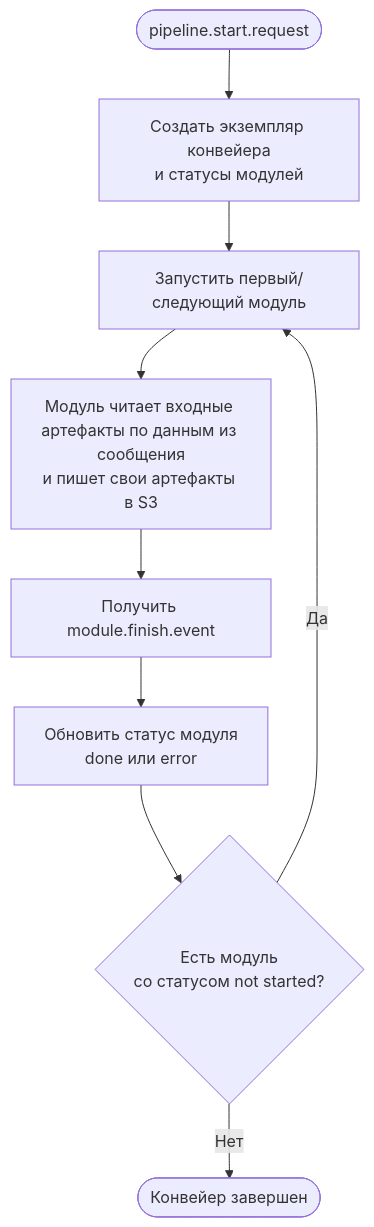
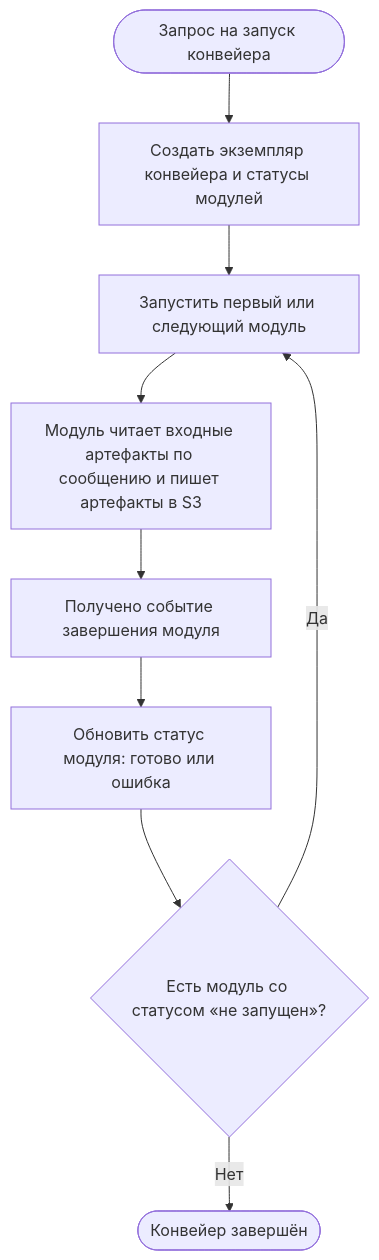
One commit to Trump68/infra changed the second of 3 diagrams in TZ/1_5_subsystem_module.md. Above: the diagram before and after it, drawn with Mermaid. The commit also changed other lines of this file, not shown here.

First line of the commit message:
docs: update subsystem module documentation with enhanced clarity and diagrams

````diff
--- a/TZ/1_5_subsystem_module.md
+++ b/TZ/1_5_subsystem_module.md
@@ -144,11 +158,11 @@
 ```mermaid
 flowchart TB
-  START([pipeline.start.request]) --> INIT[Создать экземпляр конвейера<br/>и статусы модулей]
-  INIT --> RUN[Запустить первый/следующий модуль]
-  RUN --> WORK[Модуль читает входные артефакты по данным из сообщения<br/>и пишет свои артефакты в S3]
-  WORK --> FINMSG[Получить module.finish.event]
-  FINMSG --> UPD[Обновить статус модуля<br/>done или error]
-  UPD --> NEXT{Есть модуль<br/>со статусом not started?}
-  NEXT -- Да --> RUN
-  NEXT -- Нет --> END([Конвейер завершен])
+  START([Запрос на запуск конвейера]) --> INIT[Создать экземпляр конвейера и статусы модулей]
+  INIT --> RUN[Запустить первый или следующий модуль]
+  RUN --> WORK[Модуль читает входные артефакты по сообщению и пишет артефакты в S3]
+  WORK --> FINMSG[Получено событие завершения модуля]
+  FINMSG --> UPD[Обновить статус модуля: готово или ошибка]
+  UPD --> NEXT{Есть модуль со статусом «не запущен»?}
+  NEXT -->|Да| RUN
+  NEXT -->|Нет| END([Конвейер завершён])
 ```
````
